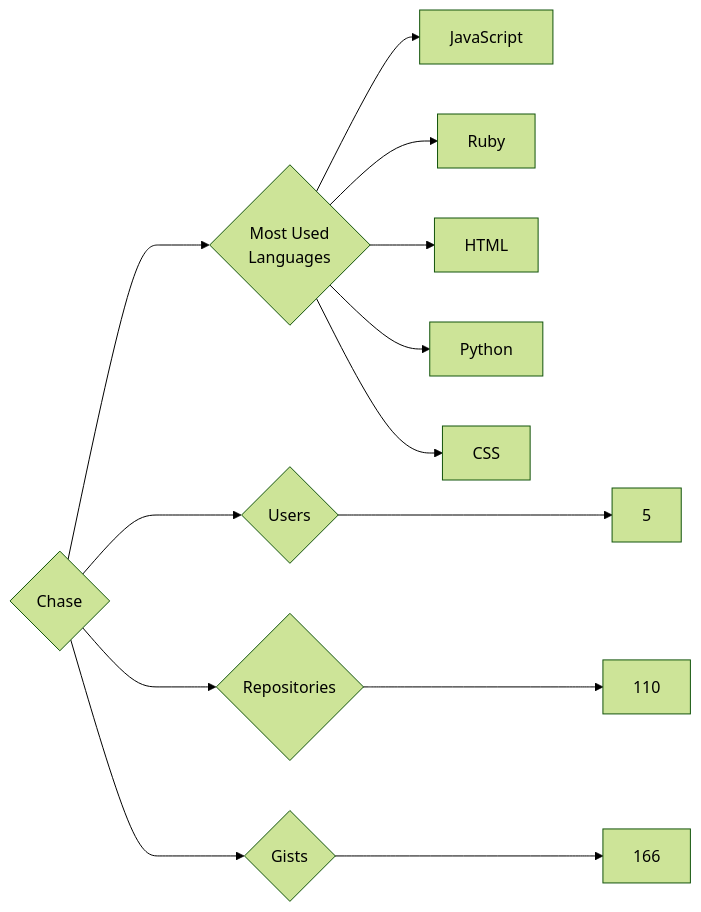
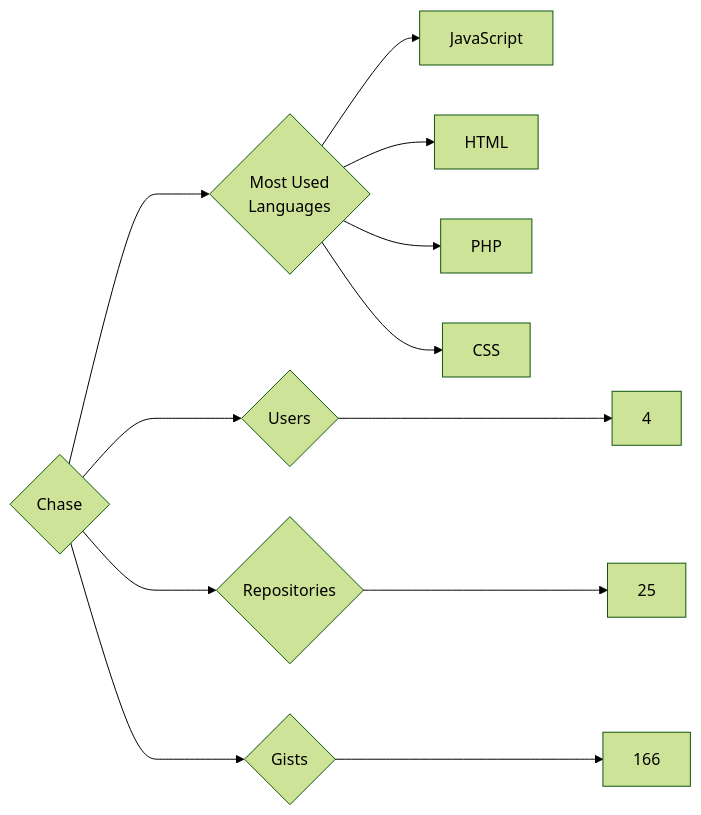
Before and after one commit to trickest/insiders: the diagram in targets/Chase/README.md, drawn with Mermaid (forest theme). The commit also changed 1092 other files, not shown here.

````diff
--- a/targets/Chase/README.md
+++ b/targets/Chase/README.md
@@ -3,13 +3,12 @@
 ```mermaid
 graph LR
 COMPANY_NAME{Chase}
-COMPANY_NAME ---> U{Users} ---> UN[5]
-COMPANY_NAME ---> R{Repositories} ---> RN[110]
+COMPANY_NAME ---> U{Users} ---> UN[4]
+COMPANY_NAME ---> R{Repositories} ---> RN[25]
 COMPANY_NAME ---> G{Gists} ---> GN[166]
 COMPANY_NAME ---> ML{Most Used<br>Languages}
 ML --> JavaScript[JavaScript]
-ML --> Ruby[Ruby]
 ML --> HTML[HTML]
-ML --> Python[Python]
+ML --> PHP[PHP]
 ML --> CSS[CSS]
 ```
````
